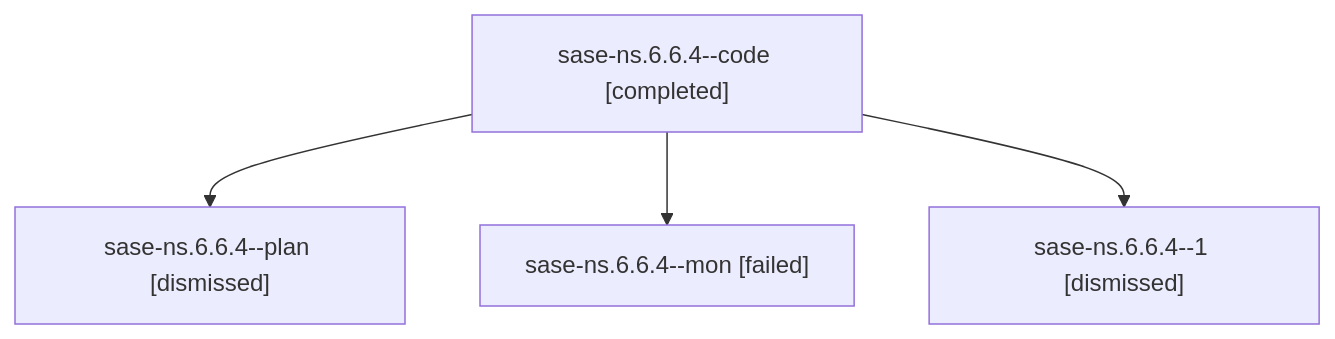
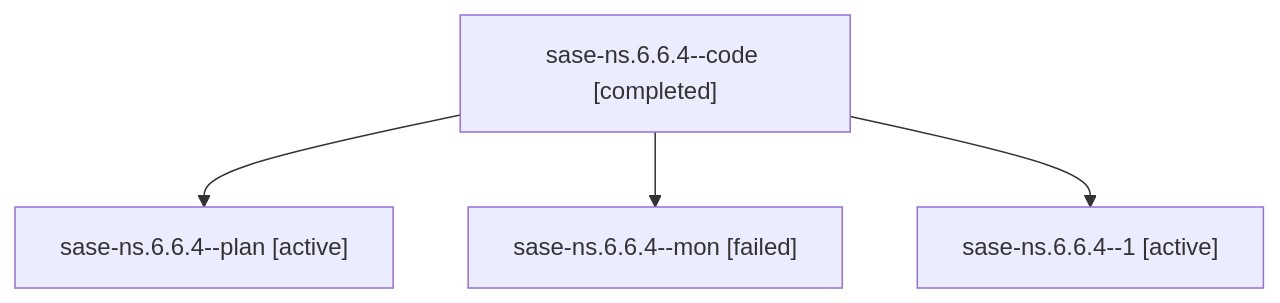
One commit to sase-org/sase--agents changed the diagram in families/bbugyi200.athena.sase-ns.6.6.4.md. Above: the diagram before and after it, drawn with Mermaid. The commit also changed other lines of this file and 35830 other files, not shown here.

````diff
--- a/families/bbugyi200.athena.sase-ns.6.6.4.md
+++ b/families/bbugyi200.athena.sase-ns.6.6.4.md
@@ -9,10 +9,10 @@
 ```mermaid
 flowchart TD
   n0["sase-ns.6.6.4--code [completed]"]
-  n1["sase-ns.6.6.4--plan [dismissed]"]
+  n1["sase-ns.6.6.4--plan [active]"]
   n0 --> n1
   n2["sase-ns.6.6.4--mon [failed]"]
   n0 --> n2
-  n3["sase-ns.6.6.4--1 [dismissed]"]
+  n3["sase-ns.6.6.4--1 [active]"]
   n0 --> n3
 ```
````
